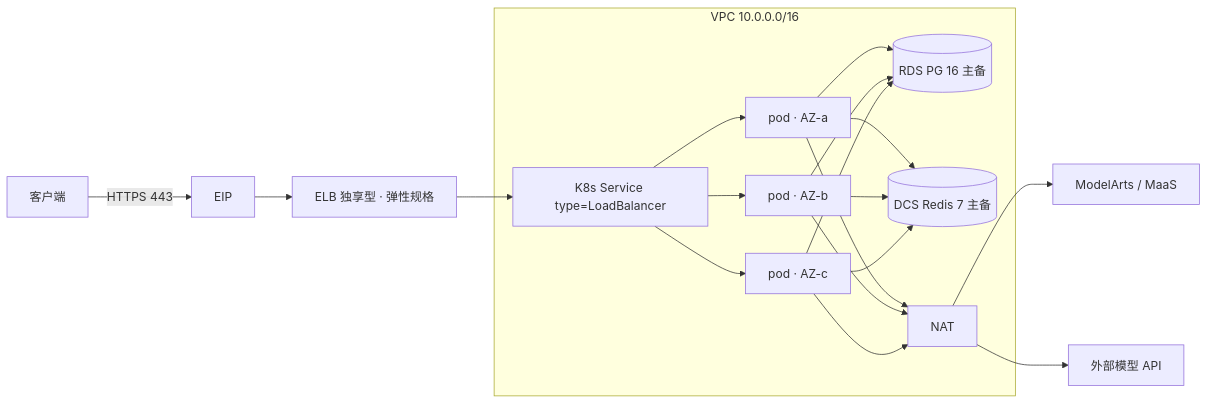
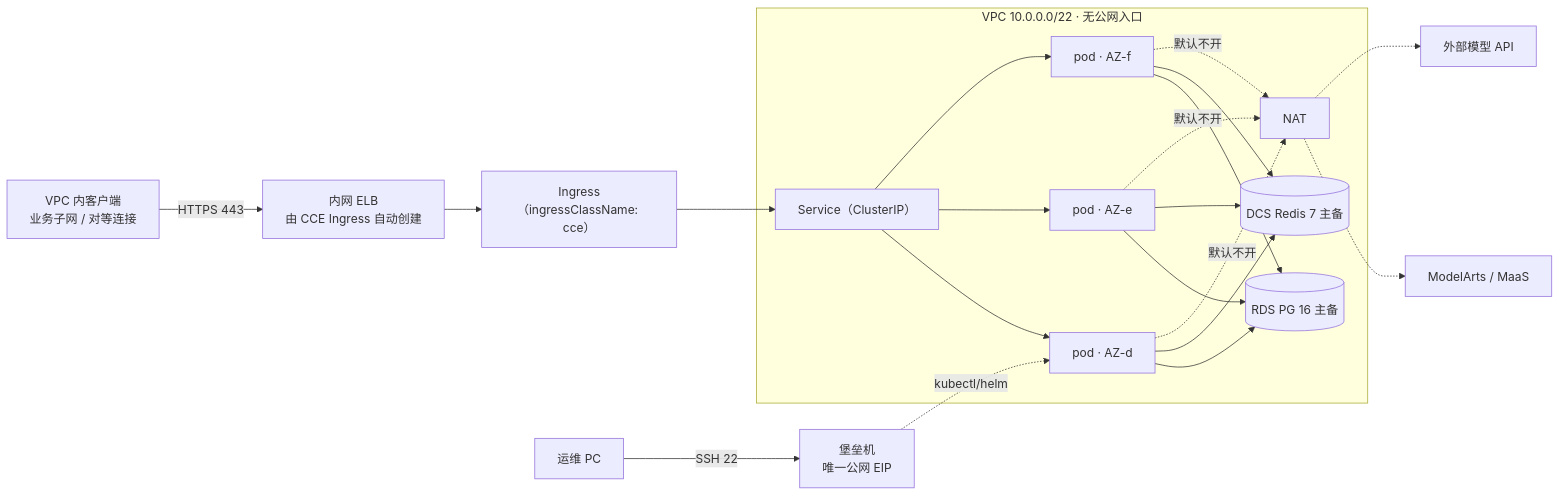
The diagram in README.zh-CN.md (damokuye-ethanhuang/huaweicloud-ha-litellm-deploy), drawn with Mermaid before and after one commit. The commit also changed other lines of this file and 32 other files, not shown here.

First line of the commit message:
feat(network)!: overlay_l2 container tunnel and Ingress-owned ELB

````diff
--- a/README.zh-CN.md
+++ b/README.zh-CN.md
@@ -32,16 +32,18 @@
 ```mermaid
 flowchart LR
-  C[客户端] -->|HTTPS 443| EIP
-  EIP --> ELB["ELB 独享型 · 弹性规格"]
-  ELB --> SVC["K8s Service type=LoadBalancer"]
-  subgraph VPC["VPC 10.0.0.0/16"]
-    SVC --> P1["pod · AZ-a"]
-    SVC --> P2["pod · AZ-b"]
-    SVC --> P3["pod · AZ-c"]
+  C["VPC 内客户端<br/>业务子网 / 对等连接"] -->|HTTPS 443| ELB["内网 ELB<br/>由 CCE Ingress 自动创建"]
+  ELB --> ING["Ingress（ingressClassName: cce）"]
+  ING --> SVC["Service（ClusterIP）"]
+  subgraph VPC["VPC 10.0.0.0/22 · 无公网入口"]
+    SVC --> P1["pod · AZ-d"]
+    SVC --> P2["pod · AZ-e"]
+    SVC --> P3["pod · AZ-f"]
     P1 & P2 & P3 --> RDS[("RDS PG 16 主备")]
     P1 & P2 & P3 --> DCS[("DCS Redis 7 主备")]
-    P1 & P2 & P3 --> NAT[NAT]
+    P1 & P2 & P3 -.->|默认不开| NAT[NAT]
   end
-  NAT --> MaaS["ModelArts / MaaS"]
-  NAT --> EXT["外部模型 API"]
+  OP["运维 PC"] -->|SSH 22| BAST["堡垒机<br/>唯一公网 EIP"]
+  BAST -.kubectl/helm.-> P1
+  NAT -.-> MaaS["ModelArts / MaaS"]
+  NAT -.-> EXT["外部模型 API"]
 ```
````
